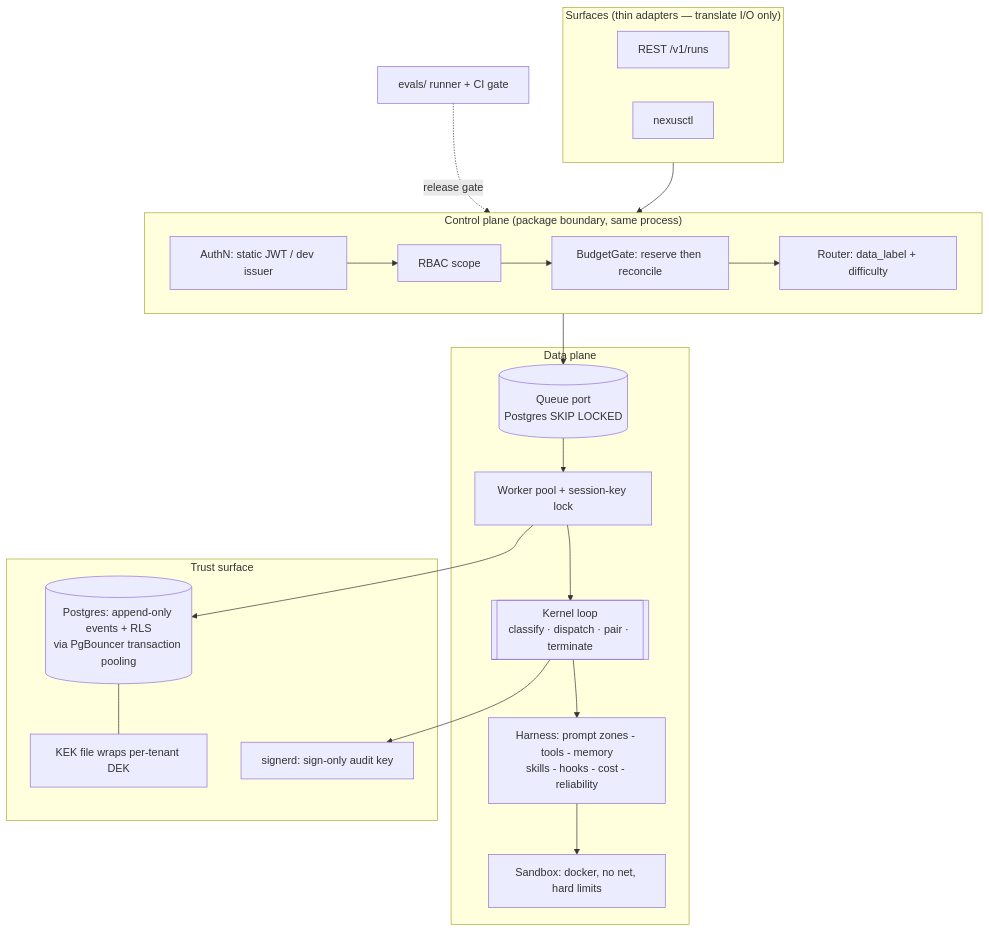
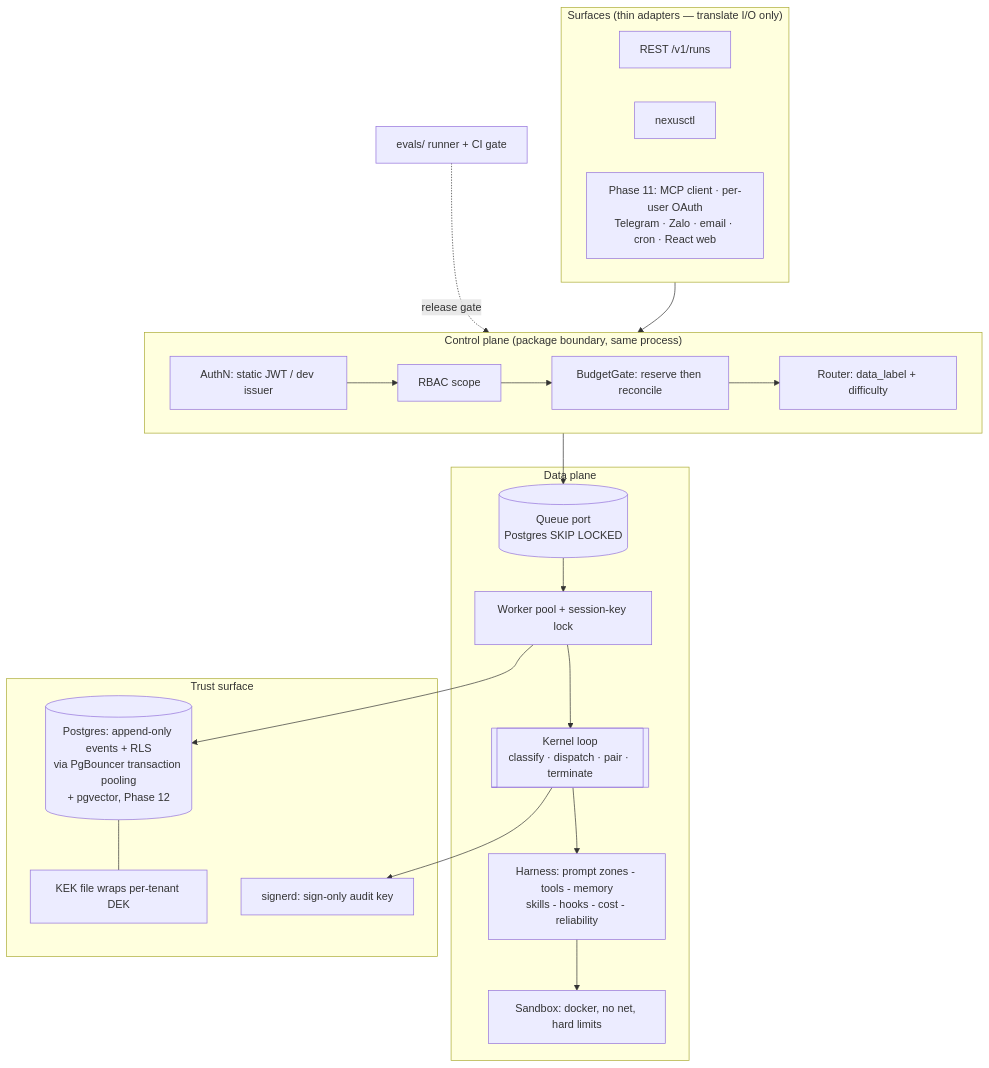
One commit to truongpx396/nexus-agent-demo changed the diagram in README.md. Above: the diagram before and after it, drawn with Mermaid. The commit also changed other lines of this file, not shown here.

First line of the commit message:
docs: add Phase 11 (additional surfaces) and Phase 12 (retrieval tier)

````diff
--- a/README.md
+++ b/README.md
@@ -155,34 +164,35 @@
 ```mermaid
 flowchart TB
     subgraph Surfaces["Surfaces (thin adapters — translate I/O only)"]
         REST[REST /v1/runs]
         CLI[nexusctl]
+        EXT["Phase 11: MCP client · per-user OAuth<br/>Telegram · Zalo · email · cron · React web"]
     end
 
     subgraph CP["Control plane (package boundary, same process)"]
         Auth[AuthN: static JWT / dev issuer] --> RBAC[RBAC scope]
         RBAC --> Budget[BudgetGate: reserve then reconcile]
         Budget --> Route[Router: data_label + difficulty]
     end
 
     subgraph DP["Data plane"]
         Q[(Queue port<br/>Postgres SKIP LOCKED)]
         W[Worker pool + session-key lock]
         K[[Kernel loop<br/>classify · dispatch · pair · terminate]]
         H[Harness: prompt zones - tools - memory<br/>skills - hooks - cost - reliability]
         SB[Sandbox: docker, no net, hard limits]
     end
 
     subgraph Trust["Trust surface"]
-        PG[(Postgres: append-only events + RLS<br/>via PgBouncer transaction pooling)]
+        PG[(Postgres: append-only events + RLS<br/>via PgBouncer transaction pooling<br/>+ pgvector, Phase 12)]
         SD[signerd: sign-only audit key]
         KEK[KEK file wraps per-tenant DEK]
     end
 
     Surfaces --> CP --> Q --> W --> K --> H
     H --> SB
     W --> PG
     K --> SD
     PG --- KEK
     EV[evals/ runner + CI gate] -.release gate.-> CP
 ```
````
